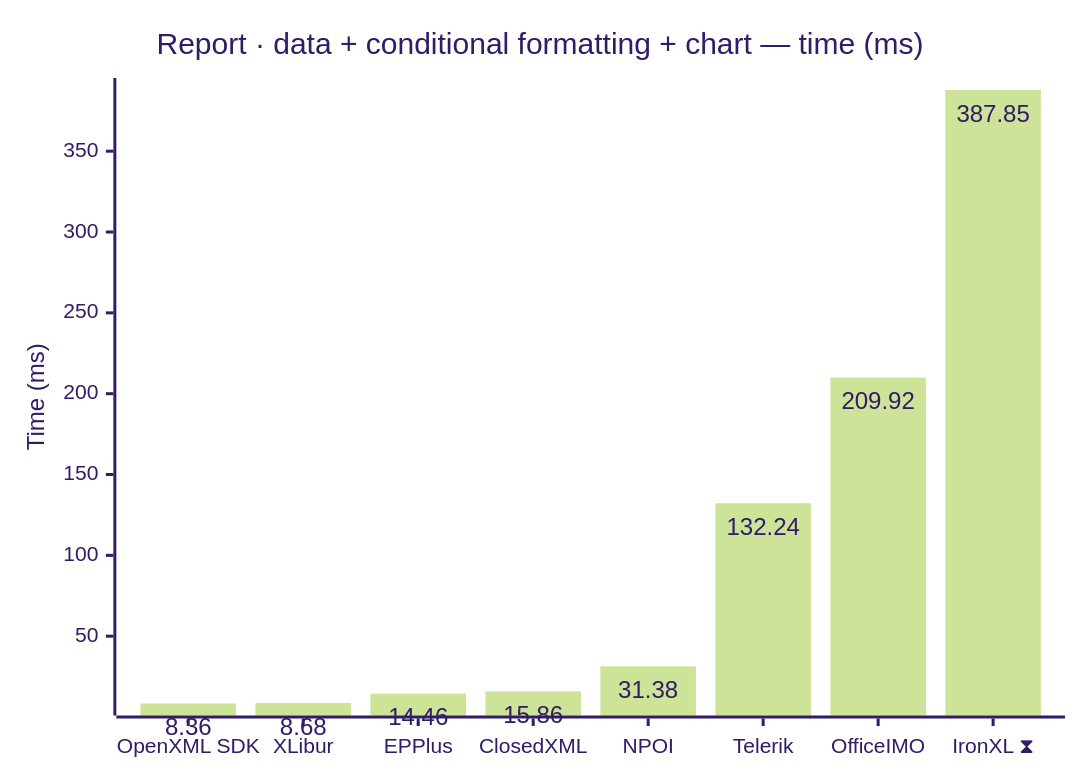
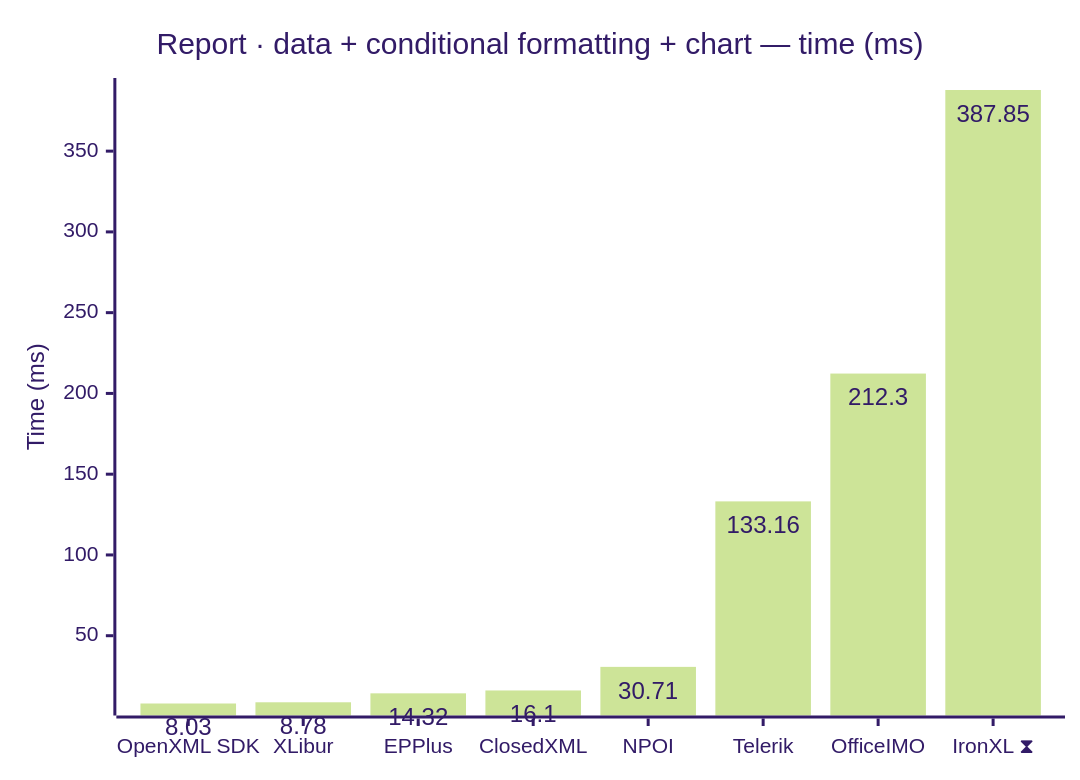
One commit to jafin/XLBench changed the seventh of 12 diagrams in docs/results.md. Above: the diagram before and after it, drawn with Mermaid (forest theme). The commit also changed other lines of this file and 1 other file, not shown here.

````diff
--- a/docs/results.md
+++ b/docs/results.md
@@ -120,12 +120,12 @@
 ```mermaid
 ---
 config:
   xyChart:
     showDataLabel: true
 ---
 xychart-beta
     title "Report · data + conditional formatting + chart — time (ms)"
     x-axis ["OpenXML SDK", "XLibur", "EPPlus", "ClosedXML", "NPOI", "Telerik", "OfficeIMO", "IronXL ⧗"]
     y-axis "Time (ms)"
-    bar [8.36, 8.68, 14.46, 15.86, 31.38, 132.24, 209.92, 387.85]
+    bar [8.03, 8.78, 14.32, 16.1, 30.71, 133.16, 212.3, 387.85]
 ```
````
